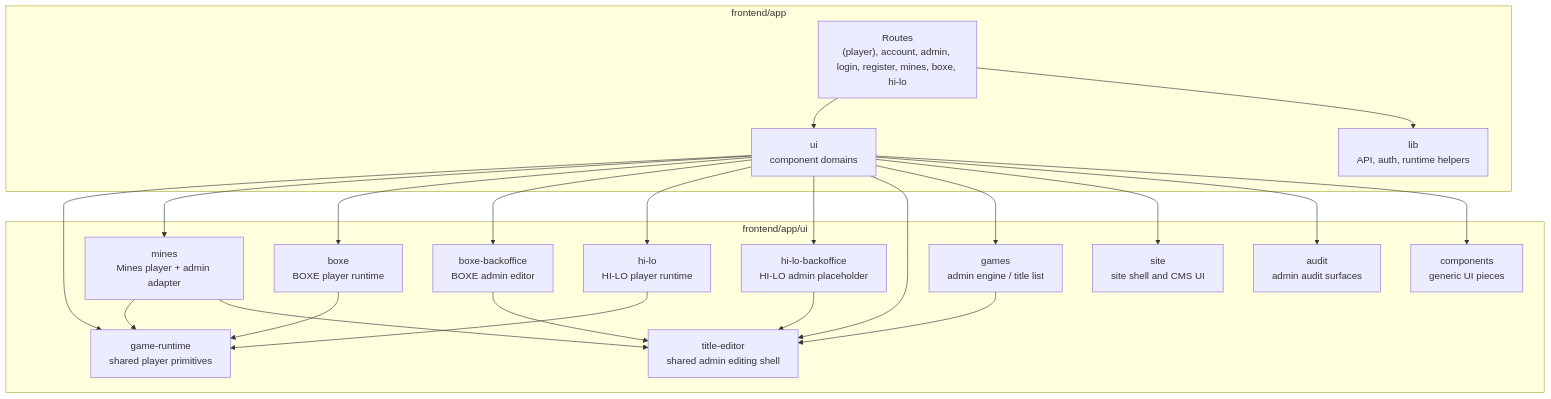
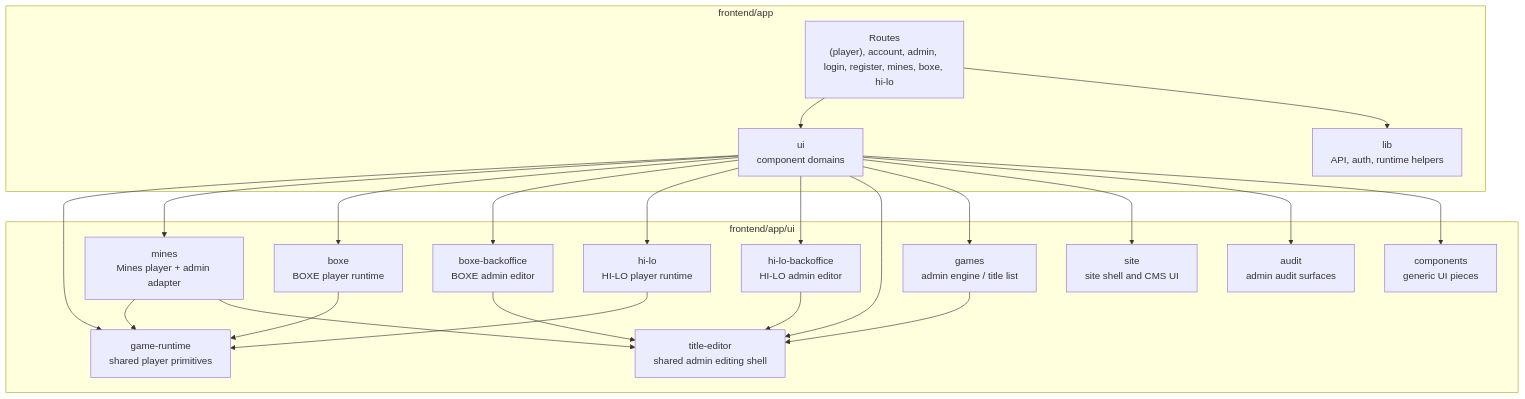
One commit to moromike/casinoking-platform changed the second of 11 diagrams in docs/CODE_ARCHITECTURE_MERMAID_MAP_2026-05-22.md. Above: the diagram before and after it, drawn with Mermaid. The commit also changed other lines of this file and 17 other files, not shown here.

Commit message:
feat(hi-lo): add full backoffice title editor

````diff
--- a/docs/CODE_ARCHITECTURE_MERMAID_MAP_2026-05-22.md
+++ b/docs/CODE_ARCHITECTURE_MERMAID_MAP_2026-05-22.md
@@ -49,44 +49,44 @@
 ```mermaid
 flowchart TB
   subgraph App["frontend/app"]
     Routes["Routes<br/>(player), account, admin, login, register, mines, boxe, hi-lo"]
     Lib["lib<br/>API, auth, runtime helpers"]
     UI["ui<br/>component domains"]
   end
 
   subgraph UIDomains["frontend/app/ui"]
     Runtime["game-runtime<br/>shared player primitives"]
     Mines["mines<br/>Mines player + admin adapter"]
     Boxe["boxe<br/>BOXE player runtime"]
     BoxeBO["boxe-backoffice<br/>BOXE admin editor"]
     HiLo["hi-lo<br/>HI-LO player runtime"]
-    HiLoBO["hi-lo-backoffice<br/>HI-LO admin placeholder"]
+    HiLoBO["hi-lo-backoffice<br/>HI-LO admin editor"]
     TitleEditor["title-editor<br/>shared admin editing shell"]
     GamesAdmin["games<br/>admin engine / title list"]
     Site["site<br/>site shell and CMS UI"]
     Audit["audit<br/>admin audit surfaces"]
     Components["components<br/>generic UI pieces"]
   end
 
   Routes --> UI
   Routes --> Lib
   UI --> Runtime
   UI --> Mines
   UI --> Boxe
   UI --> BoxeBO
   UI --> HiLo
   UI --> HiLoBO
   UI --> TitleEditor
   UI --> GamesAdmin
   UI --> Site
   UI --> Audit
   UI --> Components
 
   GamesAdmin --> TitleEditor
   Mines --> Runtime
   Boxe --> Runtime
   HiLo --> Runtime
   Mines --> TitleEditor
   BoxeBO --> TitleEditor
   HiLoBO --> TitleEditor
 ```
````
